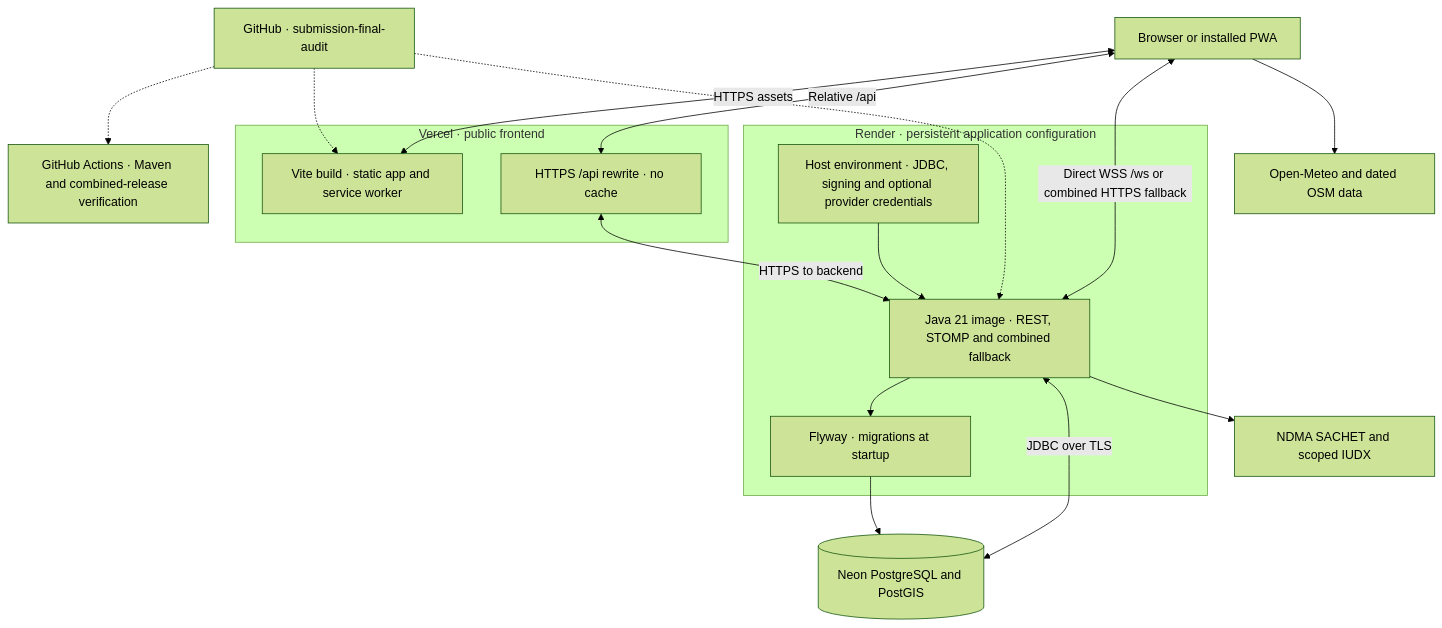
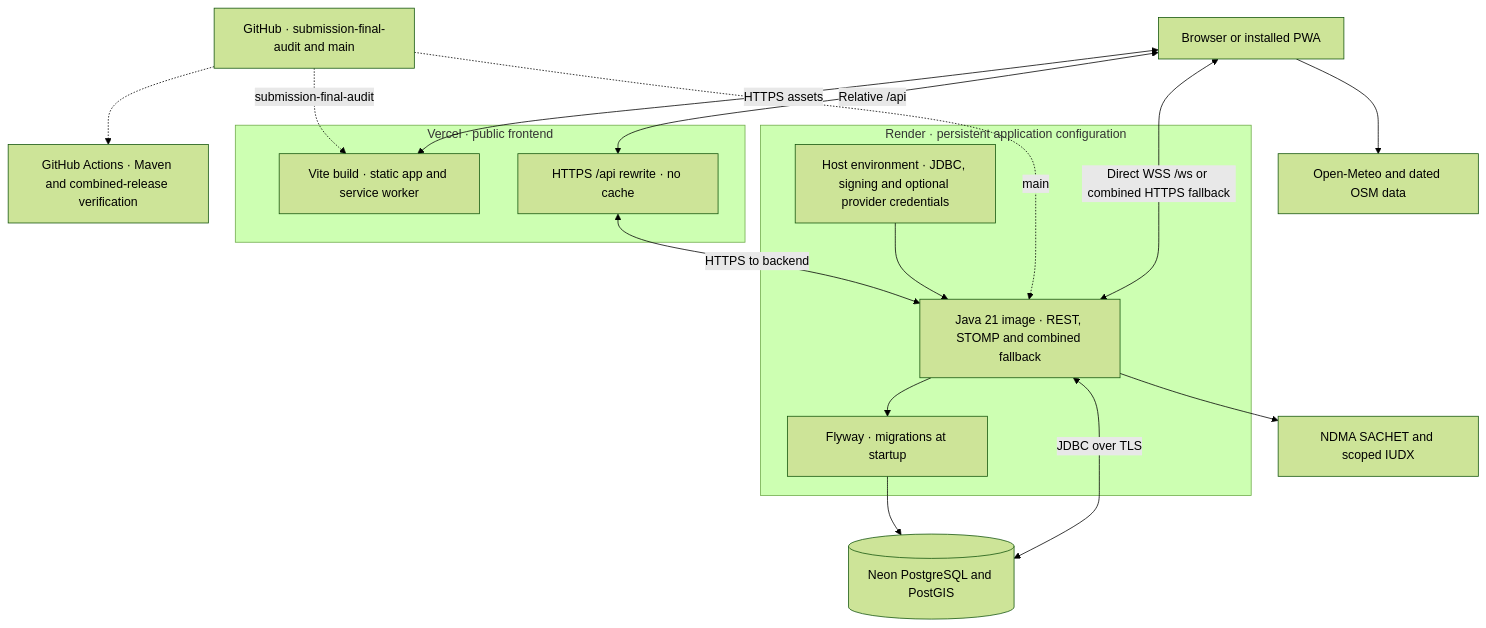
The first of 5 diagrams in docs/architecture/deployment.md (Manu577228/HydroGrid), drawn with Mermaid (forest theme) before and after one commit. The commit also changed other lines of this file and 6 other files, not shown here.

````diff
--- a/docs/architecture/deployment.md
+++ b/docs/architecture/deployment.md
@@ -7,31 +7,31 @@
 ```mermaid
 flowchart TB
-  Git["GitHub · submission-final-audit"]
+  Git["GitHub · submission-final-audit and main"]
   Actions["GitHub Actions · Maven and combined-release verification"]
   Client["Browser or installed PWA"]
   subgraph Vercel["Vercel · public frontend"]
     Vite["Vite build · static app and service worker"]
     Rewrite["HTTPS /api rewrite · no cache"]
   end
   subgraph Render["Render · persistent application configuration"]
     Jar["Java 21 image · REST, STOMP and combined fallback"]
     Env["Host environment · JDBC, signing and optional provider credentials"]
     Flyway["Flyway · migrations at startup"]
     Env --> Jar
     Jar --> Flyway
   end
   DB[("Neon PostgreSQL and PostGIS")]
   Feeds["NDMA SACHET and scoped IUDX"]
   Weather["Open-Meteo and dated OSM data"]
   Git -.-> Actions
-  Git -.-> Vite
-  Git -.-> Jar
+  Git -.->|"submission-final-audit"| Vite
+  Git -.->|"main"| Jar
   Client <-->|"HTTPS assets"| Vite
   Client <-->|"Relative /api"| Rewrite
   Rewrite <-->|"HTTPS to backend"| Jar
   Client <-->|"Direct WSS /ws or combined HTTPS fallback"| Jar
   Jar <-->|"JDBC over TLS"| DB
   Flyway --> DB
   Jar --> Feeds
   Client --> Weather
 ```
````
